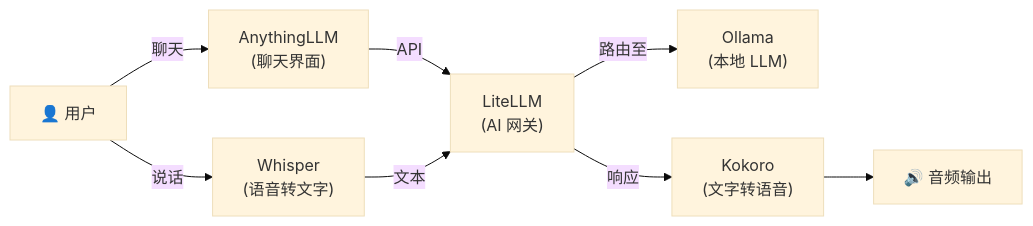
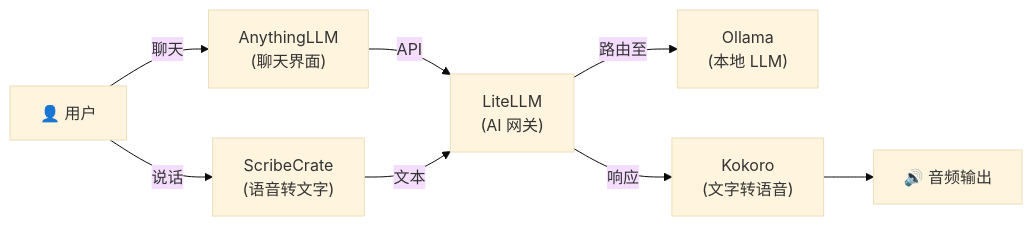
The diagram in stacks/voice-chat/README-zh.md (hwdsl2/self-hosted-ai-stack), drawn with Mermaid (base theme) before and after one commit. The commit also changed other lines of this file and 19 other files, not shown here.

````diff
--- a/stacks/voice-chat/README-zh.md
+++ b/stacks/voice-chat/README-zh.md
@@ -17,10 +17,10 @@
 ```mermaid
 graph LR
     U["👤 用户"] -->|聊天| A["AnythingLLM<br/>(聊天界面)"]
-    U -->|说话| W["Whisper<br/>(语音转文字)"]
+    U -->|说话| W["ScribeCrate<br/>(语音转文字)"]
     A -->|API| L["LiteLLM<br/>(AI 网关)"]
     L -->|路由至| O["Ollama<br/>(本地 LLM)"]
     L -->|响应| K["Kokoro<br/>(文字转语音)"]
     K --> S["🔊 音频输出"]
     W -->|文本| L
 ```
````
